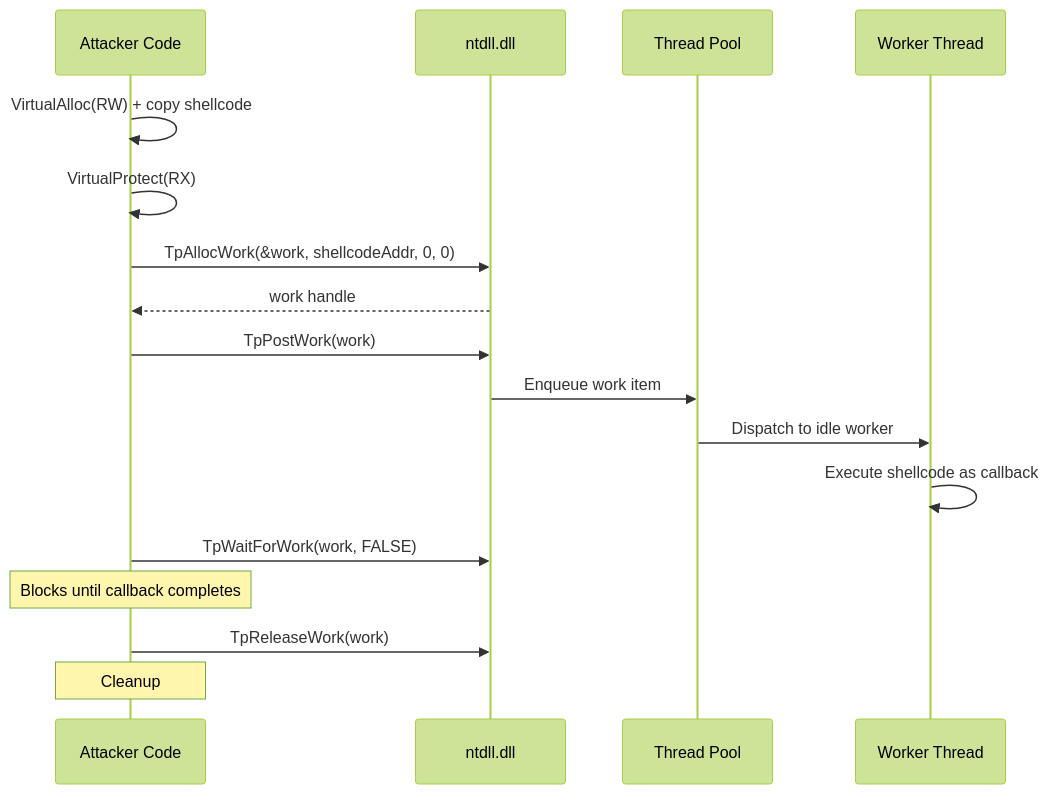
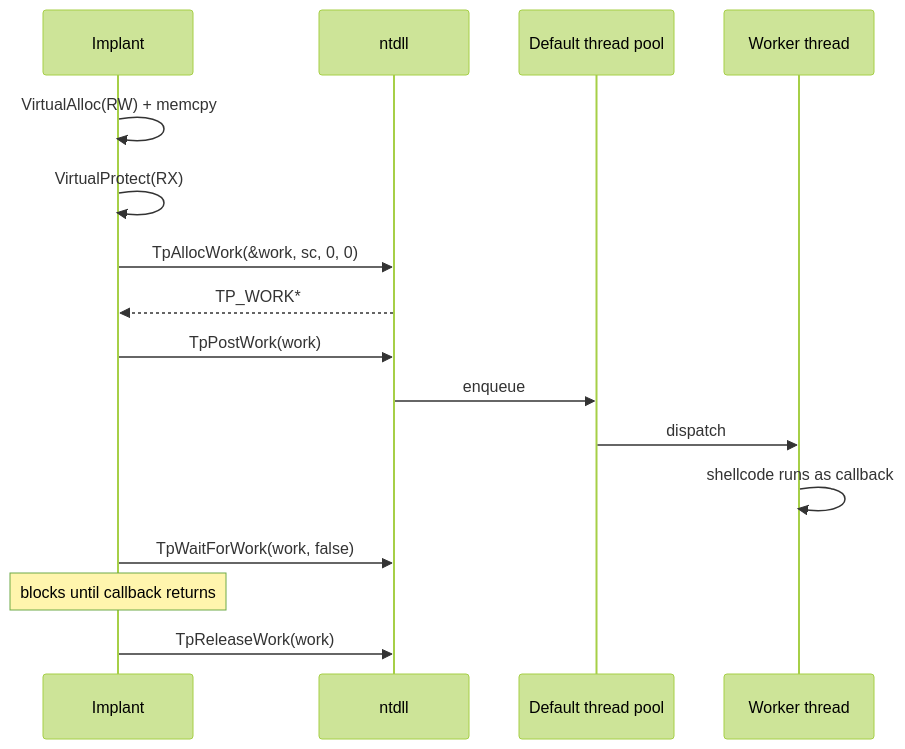
The diagram in docs/techniques/injection/thread-pool.md (oioio-space/maldev), drawn with Mermaid (forest theme) before and after one commit. The commit also changed other lines of this file and 3 other files, not shown here.

````diff
--- a/docs/techniques/injection/thread-pool.md
+++ b/docs/techniques/injection/thread-pool.md
@@ -15,25 +38,19 @@
 ```mermaid
 sequenceDiagram
-    participant Code as Attacker Code
-    participant NT as ntdll.dll
-    participant Pool as Thread Pool
-    participant Worker as Worker Thread
+    participant Impl as Implant
+    participant Nt as ntdll
+    participant Pool as Default thread pool
+    participant W as Worker thread
 
-    Code->>Code: VirtualAlloc(RW) + copy shellcode
-    Code->>Code: VirtualProtect(RX)
-
-    Code->>NT: TpAllocWork(&work, shellcodeAddr, 0, 0)
-    NT-->>Code: work handle
-
-    Code->>NT: TpPostWork(work)
-    NT->>Pool: Enqueue work item
-
-    Pool->>Worker: Dispatch to idle worker
-    Worker->>Worker: Execute shellcode as callback
-
-    Code->>NT: TpWaitForWork(work, FALSE)
-    Note over Code: Blocks until callback completes
-
-    Code->>NT: TpReleaseWork(work)
-    Note over Code: Cleanup
+    Impl->>Impl: VirtualAlloc(RW) + memcpy
+    Impl->>Impl: VirtualProtect(RX)
+    Impl->>Nt: TpAllocWork(&work, sc, 0, 0)
+    Nt-->>Impl: TP_WORK*
+    Impl->>Nt: TpPostWork(work)
+    Nt->>Pool: enqueue
+    Pool->>W: dispatch
+    W->>W: shellcode runs as callback
+    Impl->>Nt: TpWaitForWork(work, false)
+    Note over Impl: blocks until callback returns
+    Impl->>Nt: TpReleaseWork(work)
 ```
````
